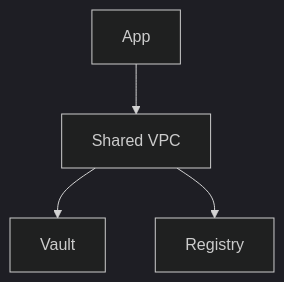
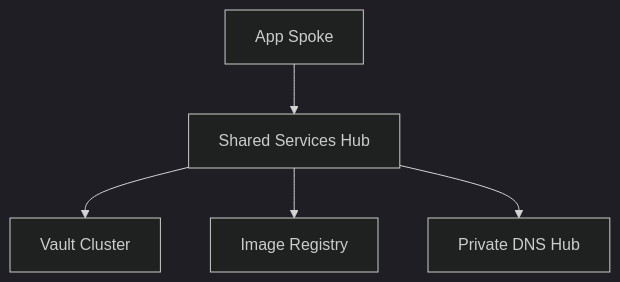
The ninth of 30 diagrams in README.md (Devopstrio/hybrid-landingzone), drawn with Mermaid (dark theme) before and after one commit. The commit also changed other lines of this file, not shown here.

Commit message:
docs: finalize premium institutional-grade README with 30+ diagrams and executive summary

````diff
--- a/README.md
+++ b/README.md
@@ -100,6 +151,7 @@
 ```mermaid
 graph TD
-    Shared[Shared VPC] --> Vault[Vault]
-    Shared --> Artifact[Registry]
-    Workload[App] --> Shared
+    Shared[Shared Services Hub] --> Vault[Vault Cluster]
+    Shared --> Registry[Image Registry]
+    Shared --> DNS[Private DNS Hub]
+    App[App Spoke] --> Shared
 ```
````
